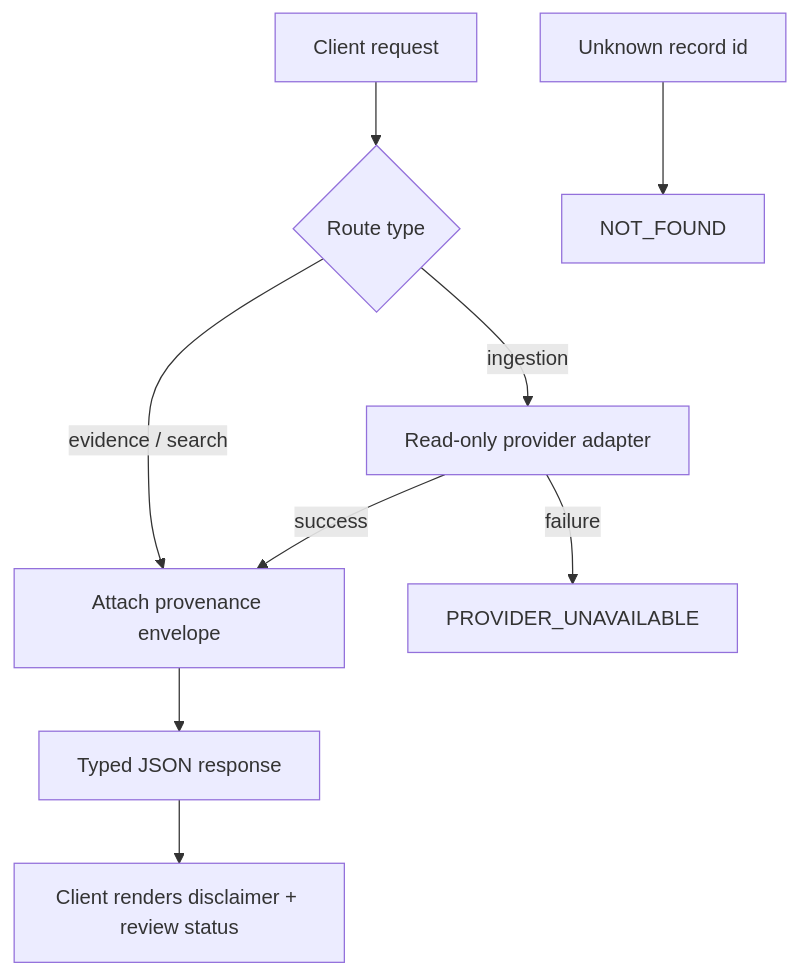
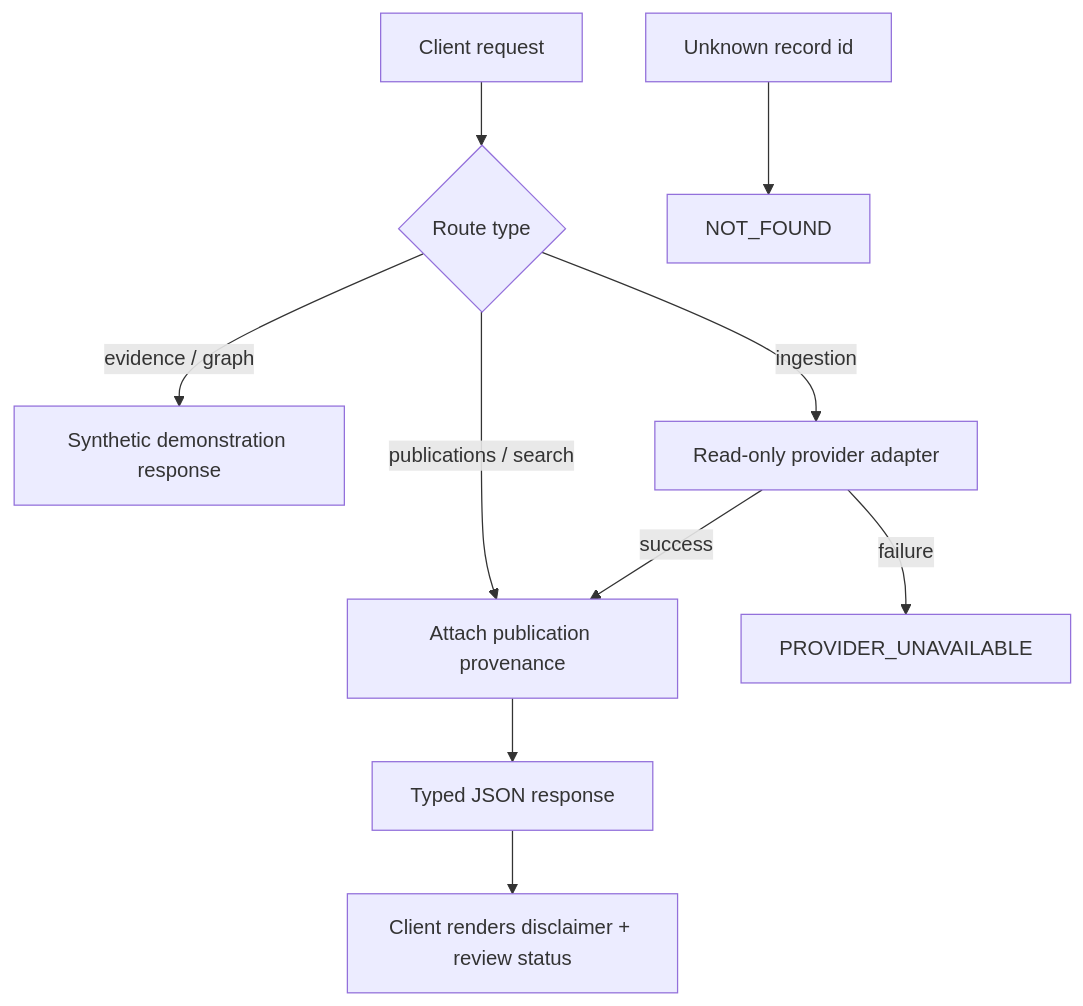
Before and after one commit to Ciprian-LocalPulse/OpenLongevityLab: the diagram in docs/academic/22-api-contract-provenance-envelope.md, drawn with Mermaid. The commit also changed other lines of this file and 85 other files, not shown here.

````diff
--- a/docs/academic/22-api-contract-provenance-envelope.md
+++ b/docs/academic/22-api-contract-provenance-envelope.md
@@ -7,11 +49,12 @@
 ```mermaid
 flowchart TD
   REQ[Client request] --> ROUTE{Route type}
-  ROUTE -->|evidence / search| ENV[Attach provenance envelope]
+  ROUTE -->|publications / search| ENV[Attach publication provenance]
+  ROUTE -->|evidence / graph| FIX[Synthetic demonstration response]
   ROUTE -->|ingestion| ADAPT[Read-only provider adapter]
   ADAPT -->|success| ENV
   ADAPT -->|failure| ERR[PROVIDER_UNAVAILABLE]
   ENV --> RESP[Typed JSON response]
   MISS[Unknown record id] --> NF[NOT_FOUND]
   RESP --> CLIENT[Client renders disclaimer + review status]
 ```
````
